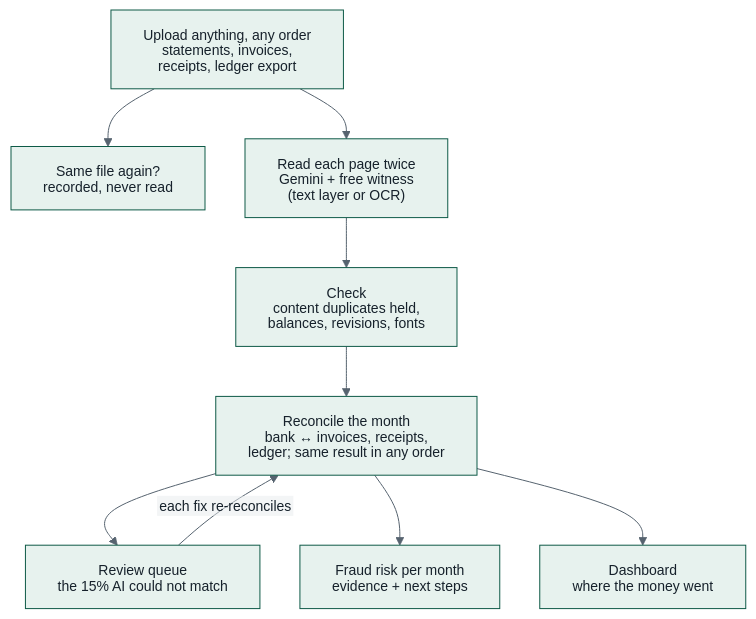
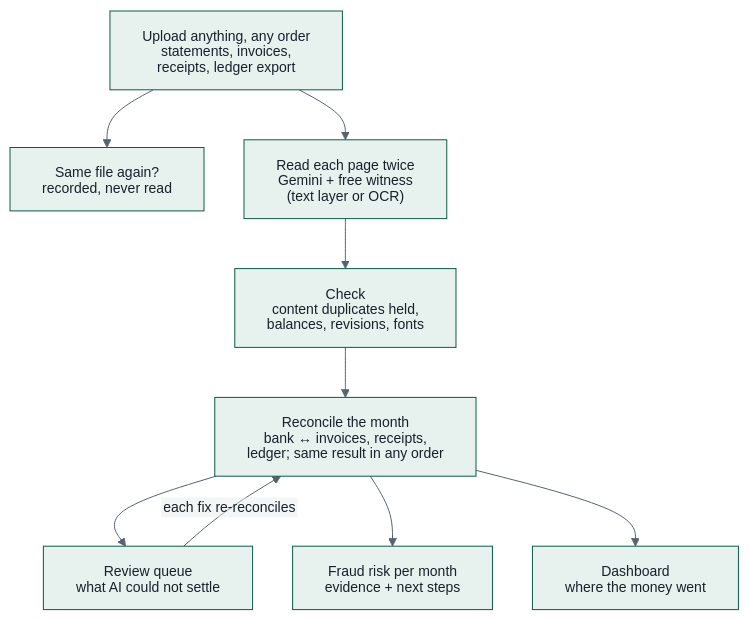
Before and after one commit to fadlytanjung/kredibel: the diagram in README.md, drawn with Mermaid. The commit also changed other lines of this file and 18 other files, not shown here.

````diff
--- a/README.md
+++ b/README.md
@@ -25,12 +25,12 @@
 ```mermaid
 %%{init: {"theme": "base", "themeVariables": {"fontFamily": "Arial, Helvetica, sans-serif", "fontSize": "14px", "primaryColor": "#E7F2EE", "primaryBorderColor": "#0E5A47", "primaryTextColor": "#16212B", "lineColor": "#56636F", "secondaryColor": "#E8ECEE", "tertiaryColor": "#FFFFFF", "clusterBkg": "#F2F4F5", "clusterBorder": "#B9C2CA", "noteBkgColor": "#FFF5D6", "noteTextColor": "#16212B"}, "htmlLabels": false, "flowchart": {"htmlLabels": false, "padding": 16, "nodeSpacing": 40, "rankSpacing": 50, "wrappingWidth": 220}, "sequence": {"wrap": true, "useMaxWidth": true, "noteFontFamily": "Arial, Helvetica, sans-serif", "messageFontFamily": "Arial, Helvetica, sans-serif", "actorFontFamily": "Arial, Helvetica, sans-serif"}}}%%
 flowchart TB
     up["Upload anything, any order<br/>statements, invoices,<br/>receipts, ledger export"] --> dup["Same file again?<br/>recorded, never read"]
     up --> read["Read each page twice<br/>Gemini + free witness<br/>(text layer or OCR)"]
     read --> check["Check<br/>content duplicates held,<br/>balances, revisions, fonts"]
     check --> month["Reconcile the month<br/>bank ↔ invoices, receipts,<br/>ledger; same result in any order"]
-    month --> review["Review queue<br/>the 15% AI could not match"]
+    month --> review["Review queue<br/>what AI could not settle"]
     month --> risk["Fraud risk per month<br/>evidence + next steps"]
     month --> dash["Dashboard<br/>where the money went"]
     review -->|"each fix re-reconciles"| month
 ```
````
